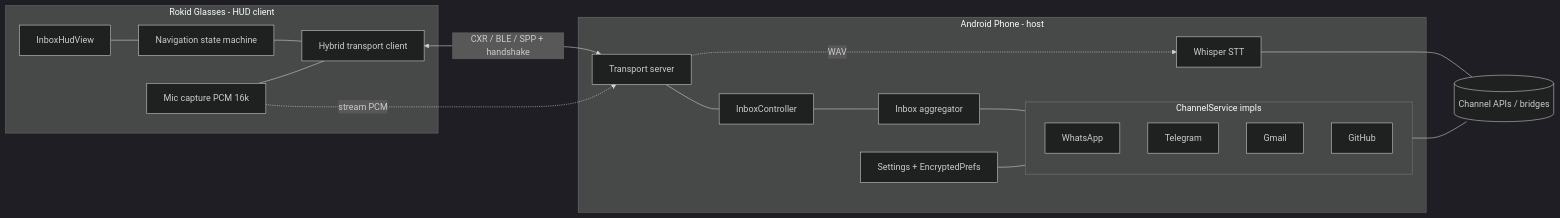
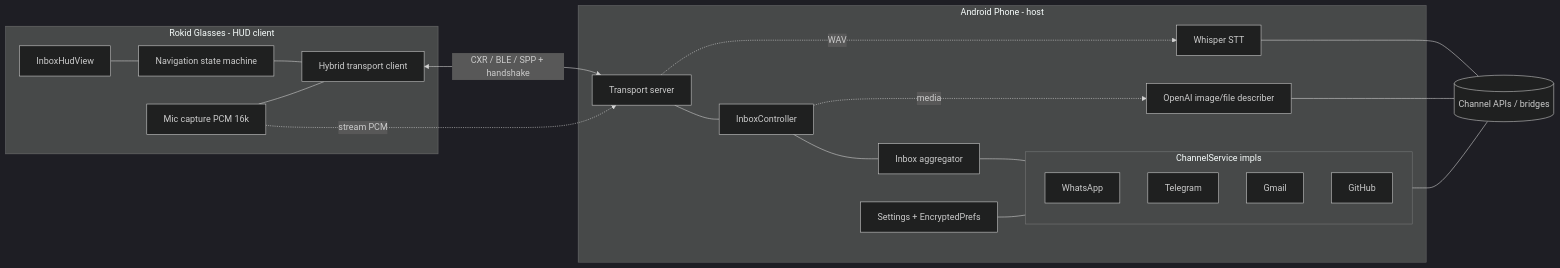
One commit to beyondlevi/rokid-inbox-app changed the diagram in docs/architecture.md. Above: the diagram before and after it, drawn with Mermaid (dark theme). The commit also changed other lines of this file and 25 other files, not shown here.

````diff
--- a/docs/architecture.md
+++ b/docs/architecture.md
@@ -18,29 +18,31 @@
 ```mermaid
 flowchart LR
   subgraph glasses [Rokid Glasses - HUD client]
     HUD[InboxHudView]
     Nav[Navigation state machine]
     Mic[Mic capture PCM 16k]
     GB[Hybrid transport client]
   end
   subgraph phone [Android Phone - host]
     Cfg[Settings + EncryptedPrefs]
     Ctl[InboxController]
     Agg[Inbox aggregator]
     subgraph ch [ChannelService impls]
       WA[WhatsApp]
       TG[Telegram]
       GM[Gmail]
       GH[GitHub]
     end
     STT[Whisper STT]
+    AI[OpenAI image/file describer]
     SRV[Transport server]
   end
   Net[("Channel APIs / bridges")]
   HUD --- Nav --- GB
   Mic --- GB
   GB <-->|"CXR / BLE / SPP + handshake"| SRV
   SRV --- Ctl --- Agg --- ch --- Net
   Mic -.stream PCM.-> SRV -.WAV.-> STT --- Net
+  Ctl -.media.-> AI --- Net
   Cfg --- ch
 ```
````
